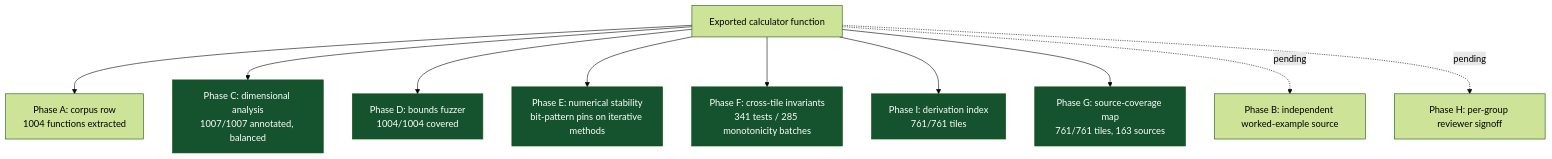
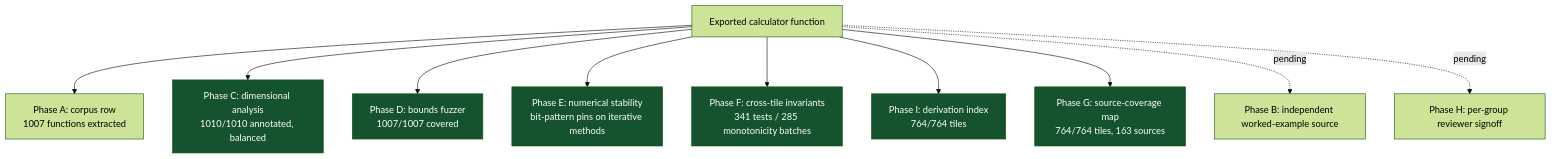
Before and after one commit to clay-good/roughlogic.com: the sixth of 8 diagrams in README.md, drawn with Mermaid (forest theme). The commit also changed other lines of this file and 20 other files, not shown here.

````diff
--- a/README.md
+++ b/README.md
@@ -519,18 +519,18 @@
 ```mermaid
 flowchart TB
-    F[Exported calculator function] --> A[Phase A: corpus row\n1004 functions extracted]
-    F --> C[Phase C: dimensional analysis\n1007/1007 annotated, balanced]
-    F --> D[Phase D: bounds fuzzer\n1004/1004 covered]
+    F[Exported calculator function] --> A[Phase A: corpus row\n1007 functions extracted]
+    F --> C[Phase C: dimensional analysis\n1010/1010 annotated, balanced]
+    F --> D[Phase D: bounds fuzzer\n1007/1007 covered]
     F --> E[Phase E: numerical stability\nbit-pattern pins on iterative methods]
     F --> Fa[Phase F: cross-tile invariants\n341 tests / 285 monotonicity batches]
-    F --> I[Phase I: derivation index\n761/761 tiles]
-    F --> G[Phase G: source-coverage map\n761/761 tiles, 163 sources]
+    F --> I[Phase I: derivation index\n764/764 tiles]
+    F --> G[Phase G: source-coverage map\n764/764 tiles, 163 sources]
     F -.pending.-> B[Phase B: independent worked-example source]
     F -.pending.-> H[Phase H: per-group reviewer signoff]
     style C fill:#14532d,color:#fff
     style D fill:#14532d,color:#fff
     style E fill:#14532d,color:#fff
     style Fa fill:#14532d,color:#fff
     style G fill:#14532d,color:#fff
     style I fill:#14532d,color:#fff
 ```
````
